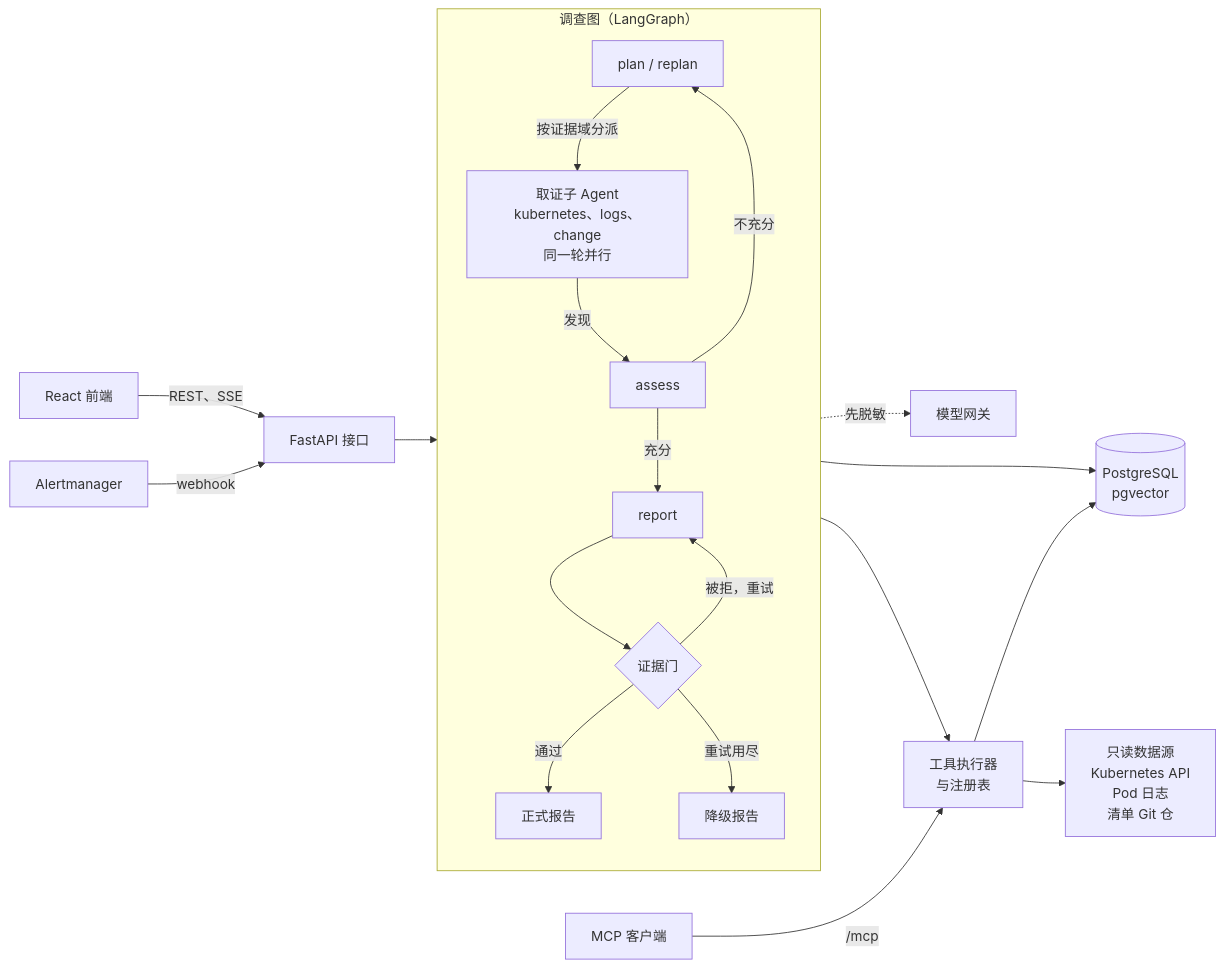
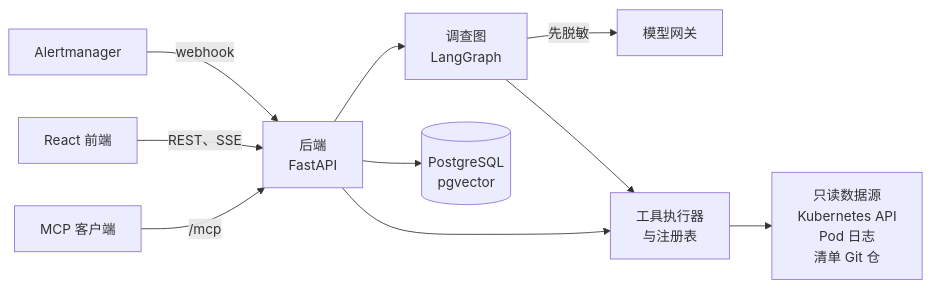
One commit to csthink/mars-bianque changed the first of 2 diagrams in README.md. Above: the diagram before and after it, drawn with Mermaid. The commit also changed other lines of this file, not shown here.

Commit message:
Split the README architecture diagram into a component view and the investigation loop

````diff
--- a/README.md
+++ b/README.md
@@ -9,25 +11,12 @@
 ```mermaid
 flowchart LR
-  AM["Alertmanager"] -->|"webhook"| API["FastAPI 接口"]
+  AM["Alertmanager"] -->|"webhook"| API["后端<br/>FastAPI"]
   UI["React 前端"] -->|"REST、SSE"| API
-  API --> PLAN
-
-  subgraph GRAPH["调查图（LangGraph）"]
-    direction TB
-    PLAN["plan / replan"] -->|"按证据域分派"| SUB["取证子 Agent<br/>kubernetes、logs、change<br/>同一轮并行"]
-    SUB -->|"发现"| ASSESS["assess"]
-    ASSESS -->|"不充分"| PLAN
-    ASSESS -->|"充分"| REPORT["report"]
-    REPORT --> GATE{"证据门"}
-    GATE -->|"被拒，重试"| REPORT
-    GATE -->|"通过"| PUB["正式报告"]
-    GATE -->|"重试用尽"| DEG["降级报告"]
-  end
-
-  GRAPH -.->|"先脱敏"| LLM["模型网关"]
-  GRAPH --> PG[("PostgreSQL<br/>pgvector")]
-  SUB --> EXEC["工具执行器<br/>与注册表"]
-  MCPC["MCP 客户端"] -->|"/mcp"| EXEC
-  EXEC --> PG
+  MCPC["MCP 客户端"] -->|"/mcp"| API
+  API --> GRAPH["调查图<br/>LangGraph"]
+  GRAPH -->|"先脱敏"| LLM["模型网关"]
+  GRAPH --> EXEC["工具执行器<br/>与注册表"]
+  API --> EXEC
   EXEC --> SRC["只读数据源<br/>Kubernetes API<br/>Pod 日志<br/>清单 Git 仓"]
+  API --> PG[("PostgreSQL<br/>pgvector")]
 ```
````
